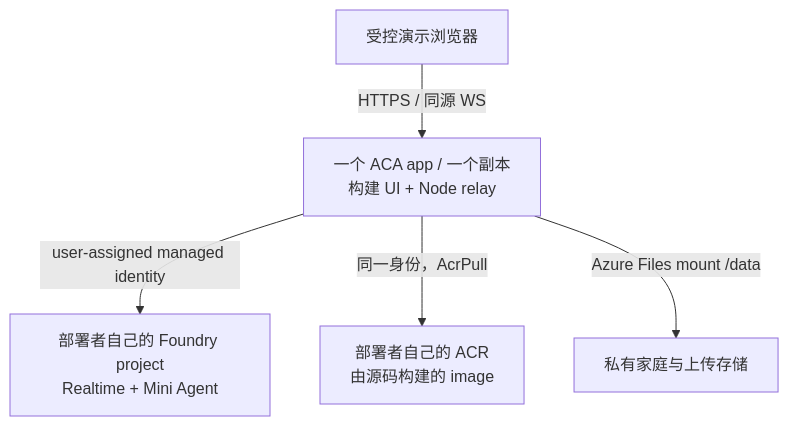
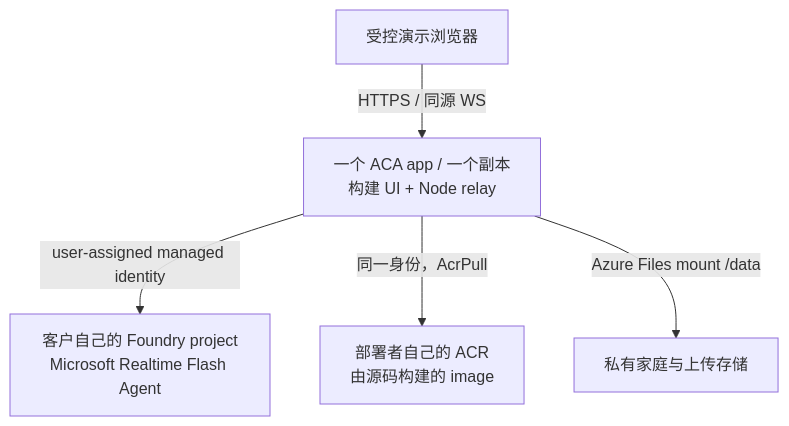
The fourth of 4 diagrams in samples/haier-voice-home/ARCHITECTURE.md (ZhaoChaoqun/voice-agent), drawn with Mermaid before and after one commit. The commit also changed other lines of this file and 26 other files, not shown here.

Commit message:
Align Haier sample docs and defaults to Microsoft Realtime Flash

````diff
--- a/samples/haier-voice-home/ARCHITECTURE.md
+++ b/samples/haier-voice-home/ARCHITECTURE.md
@@ -168,7 +168,7 @@
 ```mermaid
 flowchart TB
   User["受控演示浏览器"] -->|"HTTPS / 同源 WS"| ACA["一个 ACA app / 一个副本<br/>构建 UI + Node relay"]
-  ACA -->|"user-assigned managed identity"| F["部署者自己的 Foundry project<br/>Realtime + Mini Agent"]
+  ACA -->|"user-assigned managed identity"| F["客户自己的 Foundry project<br/>Microsoft Realtime Flash Agent"]
   ACA -->|"同一身份，AcrPull"| R["部署者自己的 ACR<br/>由源码构建的 image"]
   ACA -->|"Azure Files mount /data"| S["私有家庭与上传存储"]
 ```
````
